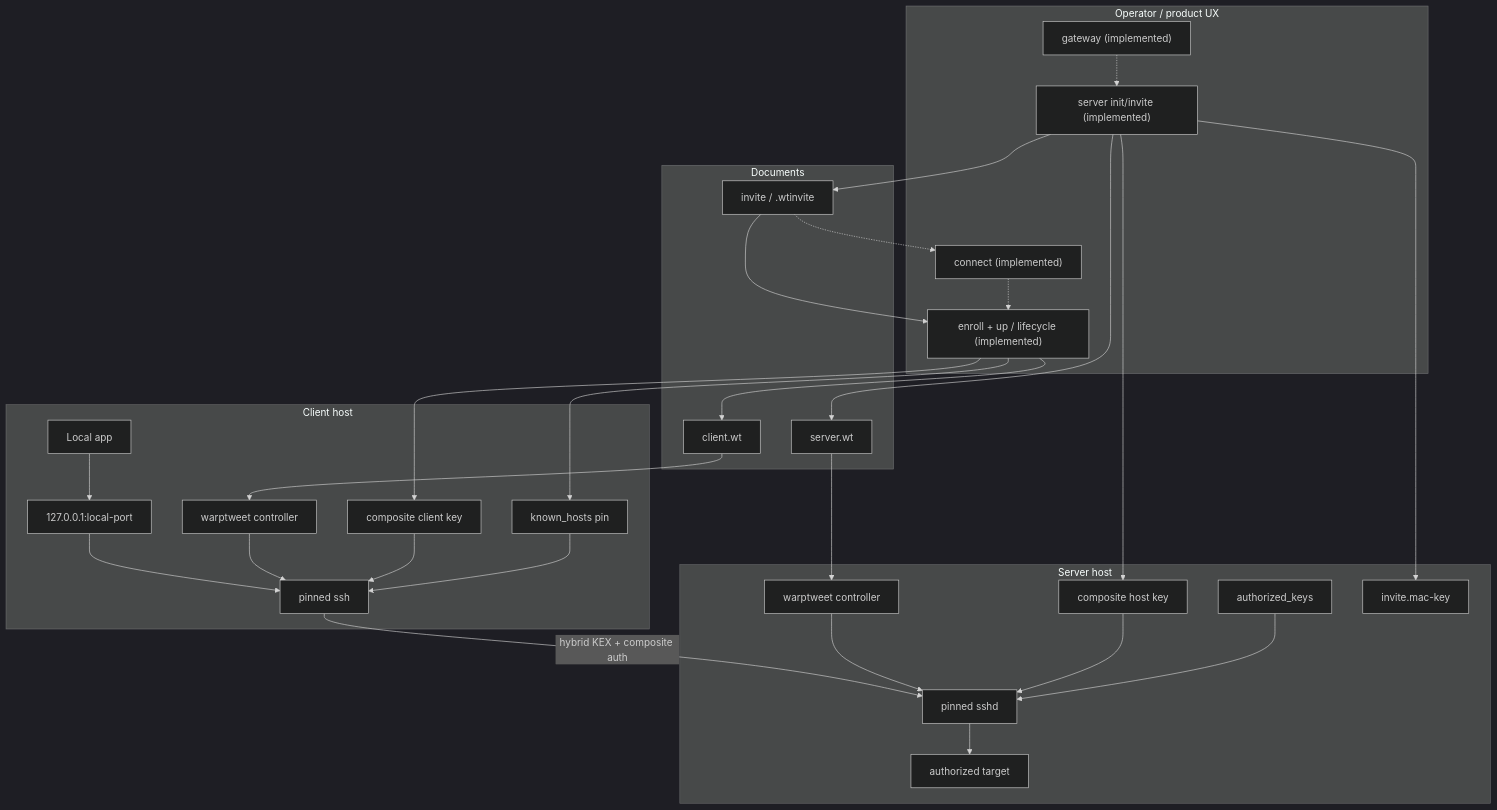
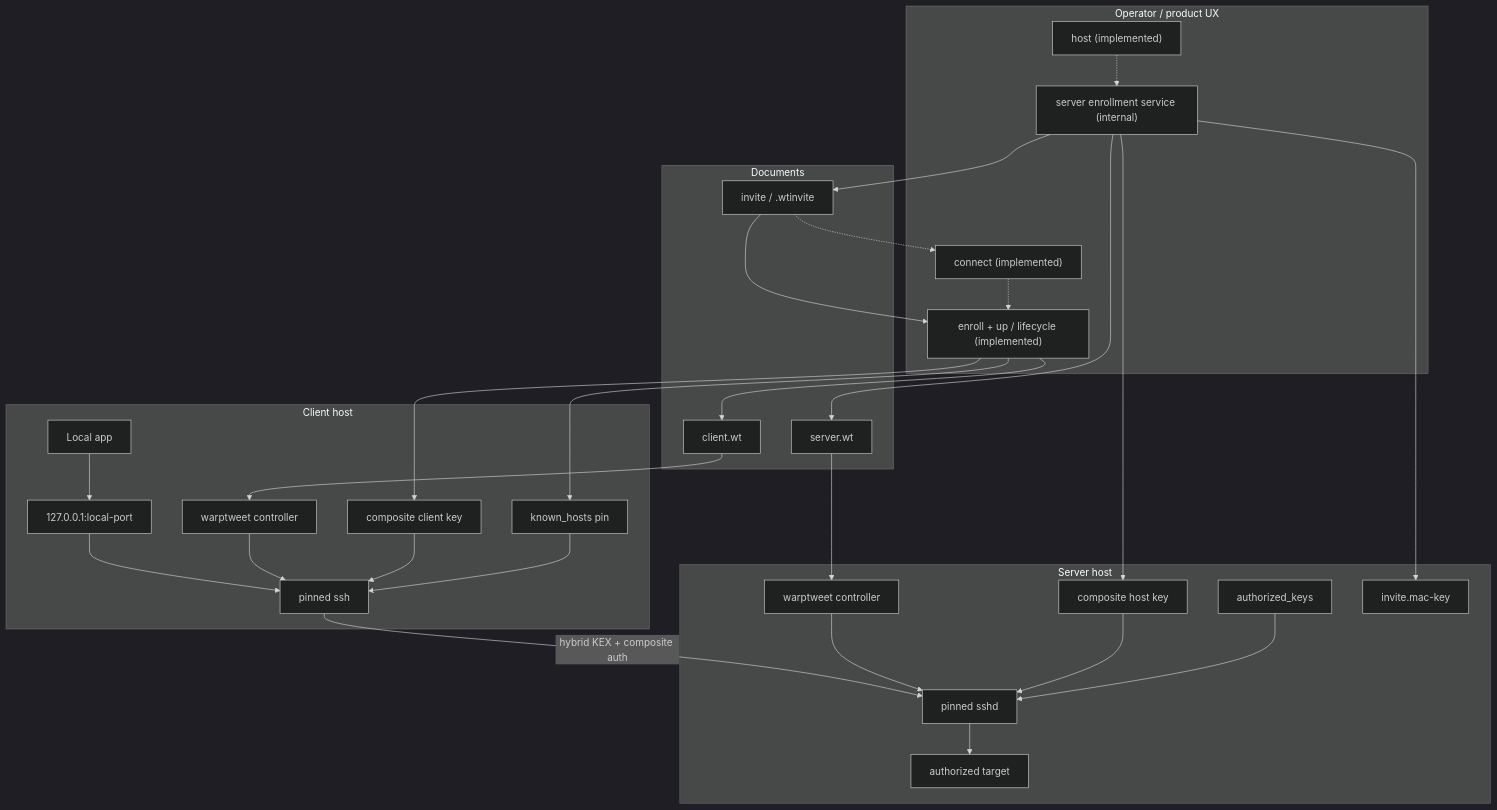
The second of 2 diagrams in docs/2026-08-14_reviewer-catchup-cli-invites-architecture.md (warptweet/warptweet), drawn with Mermaid (dark theme) before and after one commit. The commit also changed other lines of this file and 88 other files, not shown here.

````diff
--- a/docs/2026-08-14_reviewer-catchup-cli-invites-architecture.md
+++ b/docs/2026-08-14_reviewer-catchup-cli-invites-architecture.md
@@ -352,58 +354,58 @@
 ```mermaid
 flowchart TB
   subgraph Ops["Operator / product UX"]
-    GW["gateway (implemented)"]
+    GW["host (implemented)"]
     CN["connect (implemented)"]
-    SI["server init/invite (implemented)"]
+    SI["server enrollment service (internal)"]
     EN["enroll + up / lifecycle (implemented)"]
   end
 
   subgraph Docs["Documents"]
     WT_C["client.wt"]
     WT_S["server.wt"]
     INV["invite / .wtinvite"]
   end
 
   subgraph ClientHost["Client host"]
     CTRL_C["warptweet controller"]
     ID_C["composite client key"]
     KH["known_hosts pin"]
     SSH["pinned ssh"]
     APP["Local app"]
     LOOP["127.0.0.1:local-port"]
   end
 
   subgraph ServerHost["Server host"]
     CTRL_S["warptweet controller"]
     ID_H["composite host key"]
     AK["authorized_keys"]
     MAC["invite.mac-key"]
     SSHD["pinned sshd"]
     TGT["authorized target"]
   end
 
   SI --> WT_S
   SI --> ID_H
   SI --> MAC
   SI --> INV
   GW -.-> SI
   INV --> EN
   INV -.-> CN
   EN --> WT_C
   EN --> ID_C
   EN --> KH
   CN -.-> EN
 
   APP --> LOOP --> SSH
   CTRL_C --> SSH
   WT_C --> CTRL_C
   ID_C --> SSH
   KH --> SSH
 
   SSH -->|"hybrid KEX + composite auth"| SSHD
   CTRL_S --> SSHD
   WT_S --> CTRL_S
   ID_H --> SSHD
   AK --> SSHD
   SSHD --> TGT
 ```
````
